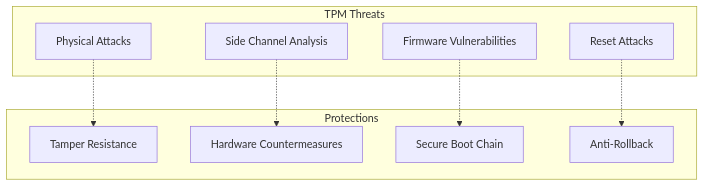
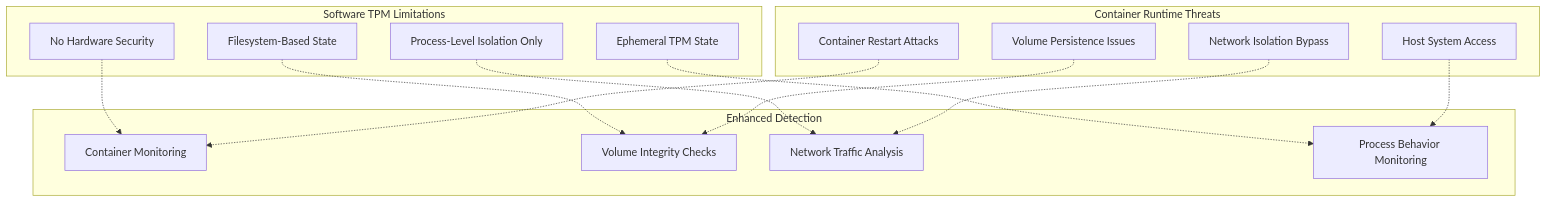
Diagram 13 of 14 in Keylime Info/KEYLIME_ARCHITECTURE_DIAGRAMS.md (keylime/keylime), drawn with Mermaid before and after one commit. The commit also changed other lines of this file and 6 other files, not shown here.

````diff
--- a/Keylime Info/KEYLIME_ARCHITECTURE_DIAGRAMS.md
+++ b/Keylime Info/KEYLIME_ARCHITECTURE_DIAGRAMS.md
@@ -431,21 +594,32 @@
 ```mermaid
 graph TB
-    subgraph "TPM Threats"
-        A[Physical Attacks]
-        B[Side Channel Analysis]
-        C[Firmware Vulnerabilities]
-        D[Reset Attacks]
+    subgraph "Software TPM Limitations"
+        A[No Hardware Security]
+        B[Filesystem-Based State]
+        C[Process-Level Isolation Only]
+        D[Ephemeral TPM State]
     end
     
-    subgraph "Protections"
-        E[Tamper Resistance]
-        F[Hardware Countermeasures]
-        G[Secure Boot Chain]
-        H[Anti-Rollback]
+    subgraph "Container Runtime Threats"
+        E[Container Restart Attacks]
+        F[Volume Persistence Issues]
+        G[Network Isolation Bypass]
+        H[Host System Access]
     end
     
-    A -.-> E
-    B -.-> F
-    C -.-> G
-    D -.-> H
+    subgraph "Enhanced Detection"
+        I[Container Monitoring]
+        J[Volume Integrity Checks]
+        K[Network Traffic Analysis]
+        L[Process Behavior Monitoring]
+    end
+    
+    A -.-> I
+    B -.-> J
+    C -.-> K
+    D -.-> L
+    E -.-> I
+    F -.-> J
+    G -.-> K
+    H -.-> L
 ```
````
